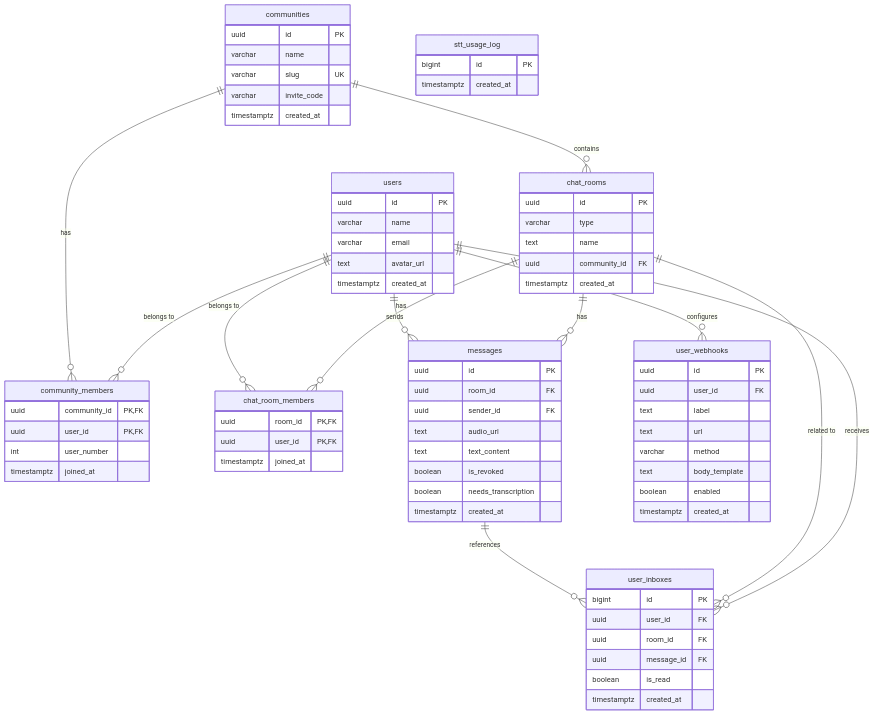
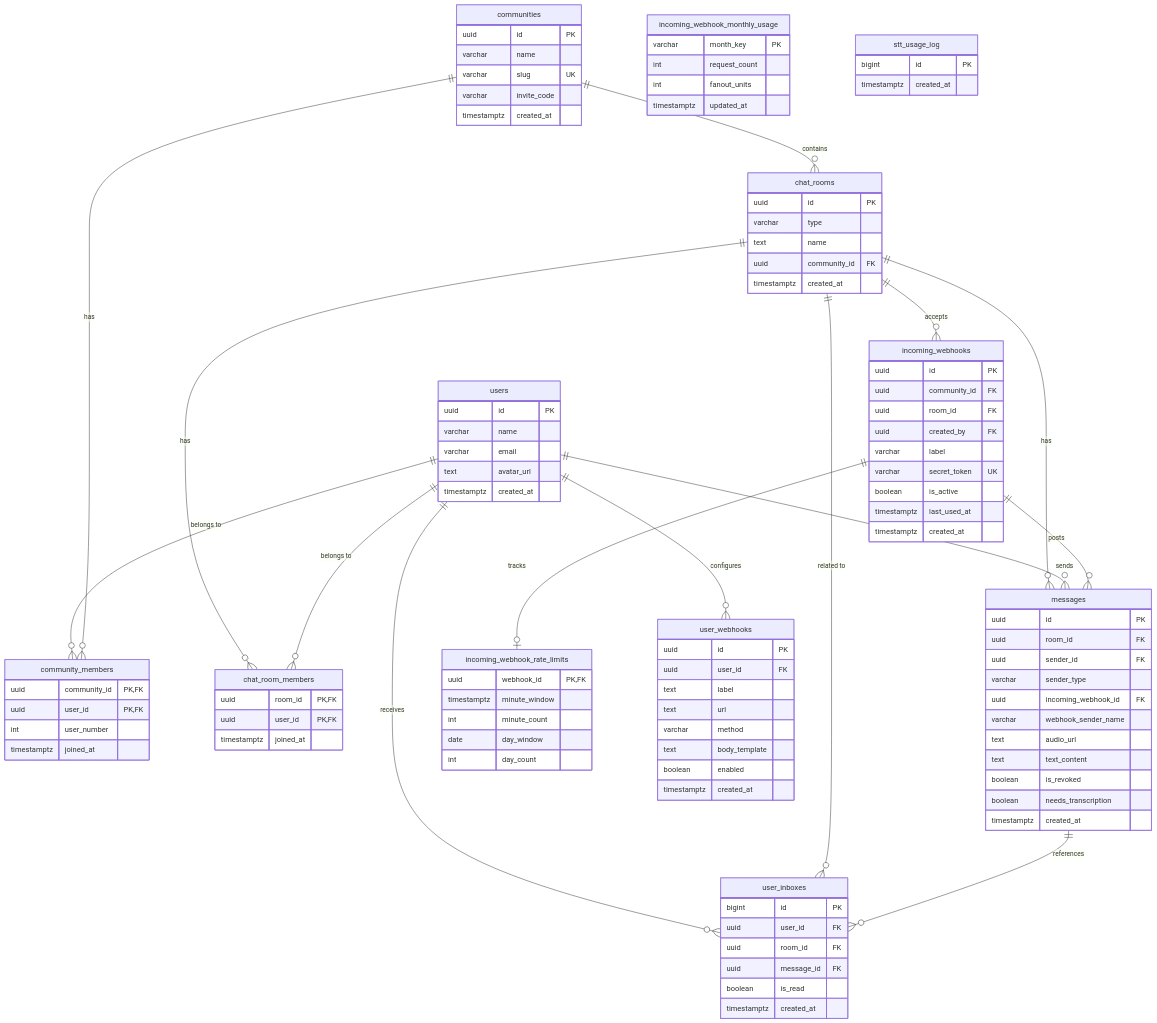
The diagram in docs/database_design.md (jun8k2003/Chatransceiver), drawn with Mermaid before and after one commit. The commit also changed other lines of this file and 21 other files, not shown here.

````diff
--- a/docs/database_design.md
+++ b/docs/database_design.md
@@ -47,11 +47,41 @@
         uuid id PK
         uuid room_id FK
         uuid sender_id FK
+        varchar sender_type
+        uuid incoming_webhook_id FK
+        varchar webhook_sender_name
         text audio_url
         text text_content
         boolean is_revoked
         boolean needs_transcription
         timestamptz created_at
+    }
+
+    incoming_webhooks {
+        uuid id PK
+        uuid community_id FK
+        uuid room_id FK
+        uuid created_by FK
+        varchar label
+        varchar secret_token UK
+        boolean is_active
+        timestamptz last_used_at
+        timestamptz created_at
+    }
+
+    incoming_webhook_rate_limits {
+        uuid webhook_id PK, FK
+        timestamptz minute_window
+        int minute_count
+        date day_window
+        int day_count
+    }
+
+    incoming_webhook_monthly_usage {
+        varchar month_key PK
+        int request_count
+        int fanout_units
+        timestamptz updated_at
     }
 
     stt_usage_log {
@@ -90,4 +120,7 @@
     chat_rooms ||--o{ user_inboxes : "related to"
     messages ||--o{ user_inboxes : "references"
     users ||--o{ user_webhooks : "configures"
+    chat_rooms ||--o{ incoming_webhooks : "accepts"
+    incoming_webhooks ||--o| incoming_webhook_rate_limits : "tracks"
+    incoming_webhooks ||--o{ messages : "posts"
 ```
````
